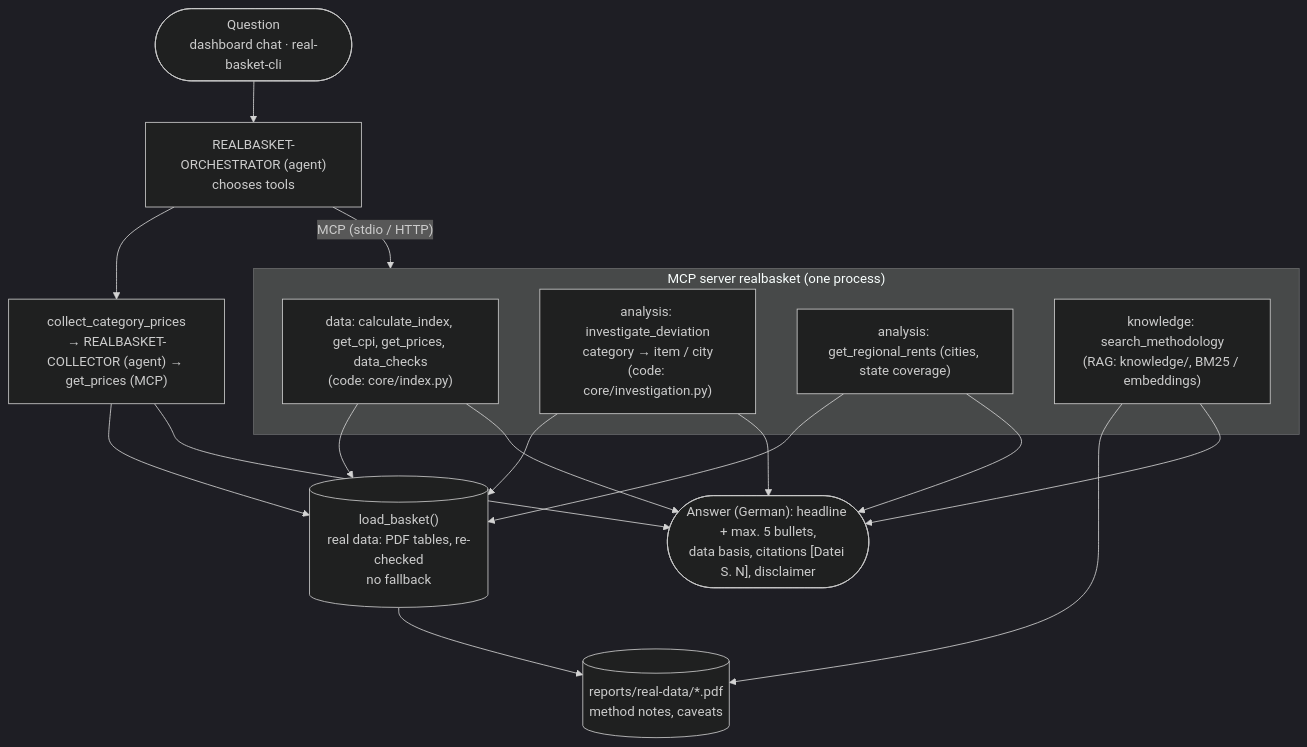
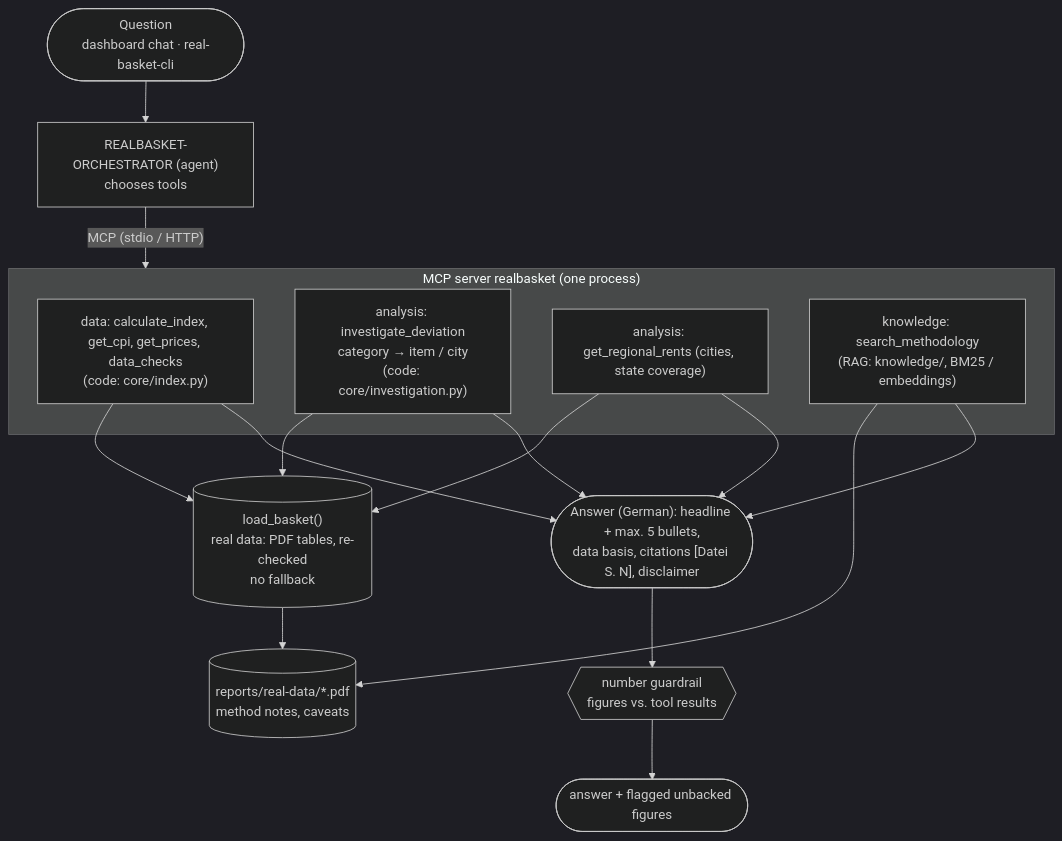
One commit to ValentinIliu1212/real-basket changed the diagram in docs/process-redesign.md. Above: the diagram before and after it, drawn with Mermaid (dark theme). The commit also changed other lines of this file and 32 other files, not shown here.

First line of the commit message:
Review fixes: fixed base period, number guardrail, config checks, generated slide figures, CI

````diff
--- a/docs/process-redesign.md
+++ b/docs/process-redesign.md
@@ -28,17 +31,18 @@
 ```mermaid
 flowchart TD
     U(["Question<br/>dashboard chat · real-basket-cli"]) --> O
     O["REALBASKET-ORCHESTRATOR (agent)<br/>chooses tools"]
     O -- "MCP (stdio / HTTP)" --> M
     subgraph M["MCP server realbasket (one process)"]
         C["data: calculate_index, get_cpi, get_prices, data_checks<br/>(code: core/index.py)"]
         I["analysis: investigate_deviation<br/>category → item / city<br/>(code: core/investigation.py)"]
         R["analysis: get_regional_rents (cities, state coverage)"]
         K["knowledge: search_methodology<br/>(RAG: knowledge/, BM25 / embeddings)"]
     end
-    O --> COL["collect_category_prices<br/>→ REALBASKET-COLLECTOR (agent) → get_prices (MCP)"]
     K --> PDF[("reports/real-data/*.pdf<br/>method notes, caveats")]
-    C & I & R & COL --> B[("load_basket()<br/>real data: PDF tables, re-checked<br/>no fallback")]
+    C & I & R --> B[("load_basket()<br/>real data: PDF tables, re-checked<br/>no fallback")]
     B --> PDF
-    C & I & R & COL & K --> A(["Answer (German): headline + max. 5 bullets,<br/>data basis, citations [Datei S. N], disclaimer"])
+    C & I & R & K --> A(["Answer (German): headline + max. 5 bullets,<br/>data basis, citations [Datei S. N], disclaimer"])
+    A --> G{{"number guardrail<br/>figures vs. tool results"}}
+    G --> U2(["answer + flagged unbacked figures"])
 ```
````
